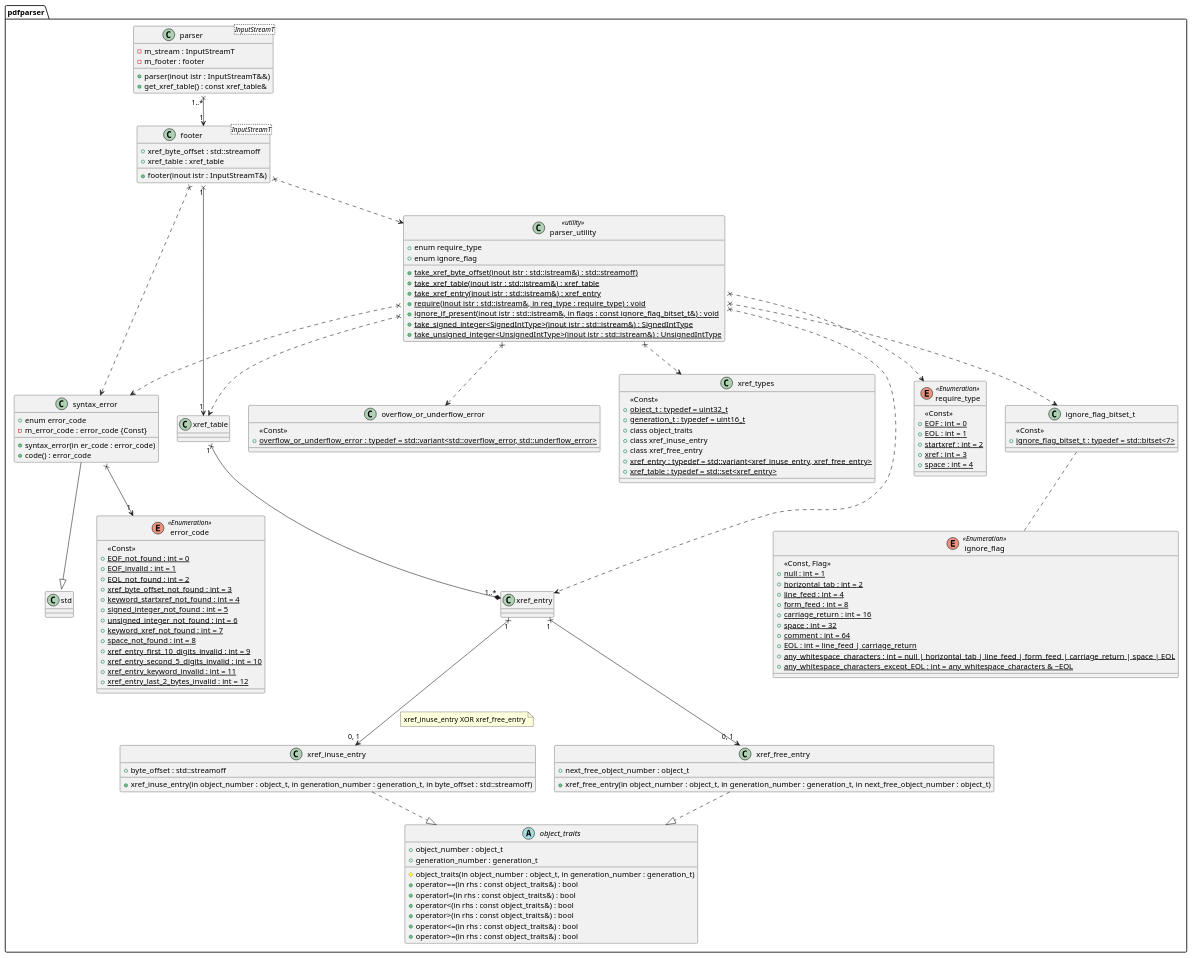
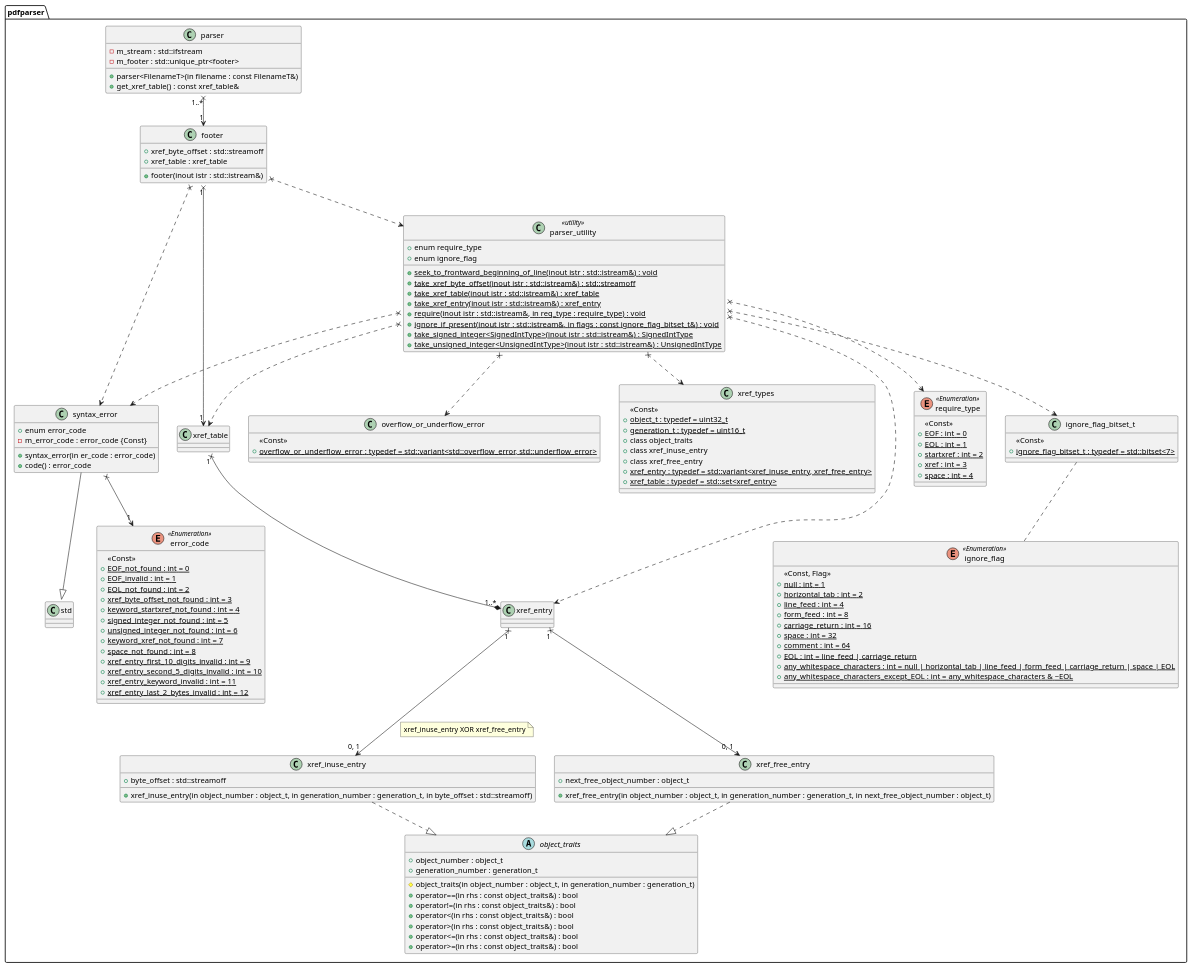
One commit to KodaiYM/PDFReader changed the diagram in document/parser.class.pu. Above: the diagram before and after it, drawn with PlantUML. The commit also changed 7 other files, not shown here.

```diff
--- a/document/parser.class.pu
+++ b/document/parser.class.pu
@@ -1,142 +1,143 @@
 @startuml parser
 namespace pdfparser {
 enum require_type <<Enumeration>> {
 	<<Const>>
 	+{static} EOF : int = 0
 	+{static} EOL : int = 1
 	+{static} startxref : int = 2
 	+{static} xref : int = 3
 	+{static} space : int = 4
 }
 enum ignore_flag <<Enumeration>> {
 	<<Const, Flag>>
 	+{static} null : int = 1
 	+{static} horizontal_tab : int = 2
 	+{static} line_feed : int = 4
 	+{static} form_feed : int = 8
 	+{static} carriage_return : int = 16
 	+{static} space : int = 32
 	+{static} comment : int = 64
 	+{static} EOL : int = line_feed | carriage_return
 	+{static} any_whitespace_characters : int = null | horizontal_tab | line_feed | form_feed | carriage_return | space | EOL
 	+{static} any_whitespace_characters_except_EOL : int = any_whitespace_characters & ~EOL
 }
 class ignore_flag_bitset_t {
 	<<Const>>
 	+{static} ignore_flag_bitset_t : typedef = std::bitset<7>
 }
 ignore_flag_bitset_t .. ignore_flag
 
-class parser<InputStreamT> {
-	-m_stream : InputStreamT
-	-m_footer : footer
+class parser {
+	-m_stream : std::ifstream
+	-m_footer : std::unique_ptr<footer>
 
-	+parser(inout istr : InputStreamT&&)
+	+parser<FilenameT>(in filename : const FilenameT&)
 	+get_xref_table() : const xref_table&
 }
 parser "1..*" x--> "1" footer
 
-class footer<InputStreamT> {
+class footer {
 	+xref_byte_offset : std::streamoff
 	+xref_table : xref_table
 
-	+footer(inout istr : InputStreamT&)
+	+footer(inout istr : std::istream&)
 }
 footer x..> syntax_error
 footer x..> parser_utility
 footer "1" x--> "1" xref_table
 
 class parser_utility <<utility>> {
 	+enum require_type
 	+enum ignore_flag
 
-	+{static} take_xref_byte_offset(inout istr : std::istream&) : std::streamoff)
+	+{static} seek_to_frontward_beginning_of_line(inout istr : std::istream&) : void
+	+{static} take_xref_byte_offset(inout istr : std::istream&) : std::streamoff
 	+{static} take_xref_table(inout istr : std::istream&) : xref_table
 	+{static} take_xref_entry(inout istr : std::istream&) : xref_entry
 	+{static} require(inout istr : std::istream&, in req_type : require_type) : void
 	+{static} ignore_if_present(inout istr : std::istream&, in flags : const ignore_flag_bitset_t&) : void
 	+{static} take_signed_integer<SignedIntType>(inout istr : std::istream&) : SignedIntType
 	+{static} take_unsigned_integer<UnsignedIntType>(inout istr : std::istream&) : UnsignedIntType
 }
 parser_utility x..> require_type
 parser_utility x..> ignore_flag_bitset_t
 parser_utility x..> syntax_error
 parser_utility x..> overflow_or_underflow_error
 parser_utility x..> xref_table
 parser_utility x..> xref_entry
 parser_utility x..> xref_types
 
 enum error_code <<Enumeration>> {
 	<<Const>>
 	+{static} EOF_not_found : int = 0
 	+{static} EOF_invalid : int = 1
 	+{static} EOL_not_found : int = 2
 	+{static} xref_byte_offset_not_found : int = 3
 	+{static} keyword_startxref_not_found : int = 4
 	+{static} signed_integer_not_found : int = 5
 	+{static} unsigned_integer_not_found : int = 6
 	+{static} keyword_xref_not_found : int = 7
 	+{static} space_not_found : int = 8
 	+{static} xref_entry_first_10_digits_invalid : int = 9
 	+{static} xref_entry_second_5_digits_invalid : int = 10
 	+{static} xref_entry_keyword_invalid : int = 11
 	+{static} xref_entry_last_2_bytes_invalid : int = 12
 }
 class syntax_error {
 	+enum error_code
 	-m_error_code : error_code {Const}
 
 	+syntax_error(in er_code : error_code)
 	+code() : error_code
 }
 syntax_error --|> std::runtime_error
 syntax_error x--> "1" error_code
 
 class overflow_or_underflow_error {
 	<<Const>>
 	+{static} overflow_or_underflow_error : typedef = std::variant<std::overflow_error, std::underflow_error>
 }
 
 class xref_types {
 	<<Const>>
 	+{static} object_t : typedef = uint32_t
 	+{static} generation_t : typedef = uint16_t
 	+class object_traits
 	+class xref_inuse_entry
 	+class xref_free_entry
 	+{static} xref_entry : typedef = std::variant<xref_inuse_entry, xref_free_entry>
 	+{static} xref_table : typedef = std::set<xref_entry>
 }
 xref_table "1" x--* "1..*" xref_entry
 xref_entry "1" x--> "0, 1" xref_inuse_entry
 note right on link
 xref_inuse_entry XOR xref_free_entry
 end note
 xref_entry "1" x--> "0, 1" xref_free_entry
 
 abstract class object_traits {
 	+object_number : object_t
 	+generation_number : generation_t
 
 	#object_traits(in object_number : object_t, in generation_number : generation_t)
 	+operator==(in rhs : const object_traits&) : bool
 	+operator!=(in rhs : const object_traits&) : bool
 	+operator<(in rhs : const object_traits&) : bool
 	+operator>(in rhs : const object_traits&) : bool
 	+operator<=(in rhs : const object_traits&) : bool
 	+operator>=(in rhs : const object_traits&) : bool
 }
 
 class xref_inuse_entry {
 	+xref_inuse_entry(in object_number : object_t, in generation_number : generation_t, in byte_offset : std::streamoff)
 	+byte_offset : std::streamoff
 }
 xref_inuse_entry ..|> object_traits
 
 class xref_free_entry {
 	+xref_free_entry(in object_number : object_t, in generation_number : generation_t, in next_free_object_number : object_t)
 	+next_free_object_number : object_t
 }
 xref_free_entry ..|> object_traits
 }
 @enduml
```
